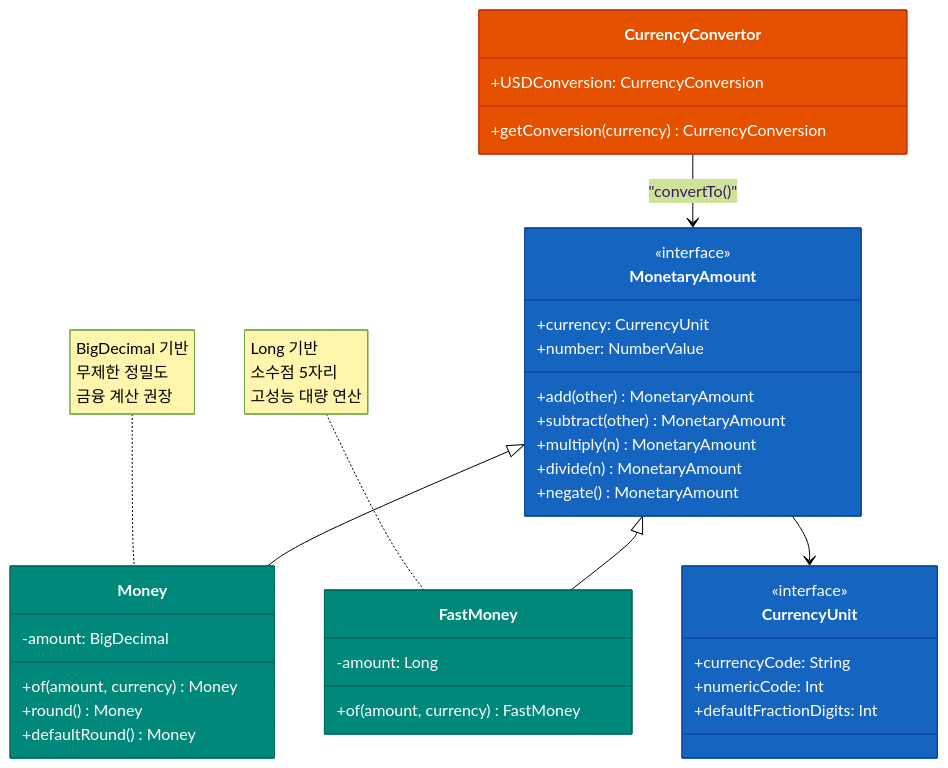
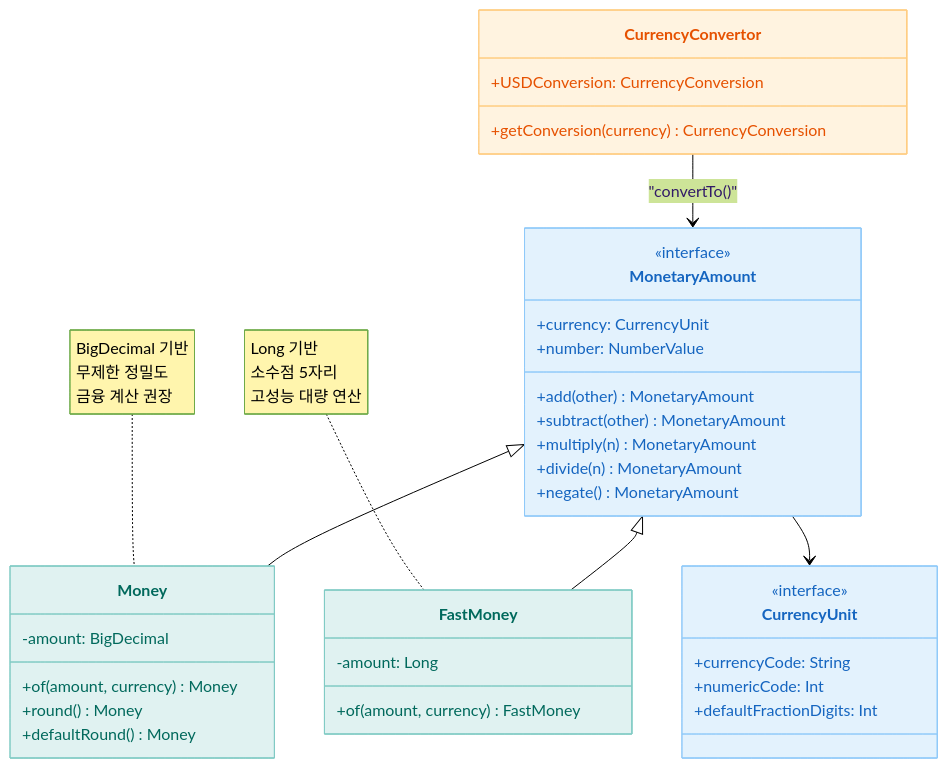
Before and after one commit to bluetape4k/bluetape4k-projects: the first of 2 diagrams in utils/money/README.ko.md, drawn with Mermaid (forest theme). The commit also changed other lines of this file and 219 other files, not shown here.

First line of the commit message:
docs: 전체 README Mermaid 다이어그램 가이드 적용

````diff
--- a/utils/money/README.ko.md
+++ b/utils/money/README.ko.md
@@ -239,51 +239,51 @@
 ```mermaid
 classDiagram
     class MonetaryAmount {
         <<interface>>
         +currency: CurrencyUnit
         +number: NumberValue
         +add(other) MonetaryAmount
         +subtract(other) MonetaryAmount
         +multiply(n) MonetaryAmount
         +divide(n) MonetaryAmount
         +negate() MonetaryAmount
     }
 
     class Money {
         -amount: BigDecimal
         +of(amount, currency) Money
         +round() Money
         +defaultRound() Money
     }
 
     class FastMoney {
         -amount: Long
         +of(amount, currency) FastMoney
     }
 
     class CurrencyUnit {
         <<interface>>
         +currencyCode: String
         +numericCode: Int
         +defaultFractionDigits: Int
     }
 
     class CurrencyConvertor {
         +getConversion(currency) CurrencyConversion
         +USDConversion: CurrencyConversion
     }
 
     MonetaryAmount <|-- Money
     MonetaryAmount <|-- FastMoney
     MonetaryAmount --> CurrencyUnit
     CurrencyConvertor --> MonetaryAmount : "convertTo()"
 
     note for Money "BigDecimal 기반<br/>무제한 정밀도<br/>금융 계산 권장"
     note for FastMoney "Long 기반<br/>소수점 5자리<br/>고성능 대량 연산"
 
-    style MonetaryAmount fill:#1565C0,stroke:#0D47A1,color:#FFFFFF
-    style Money fill:#00897B,stroke:#00695C,color:#FFFFFF
-    style FastMoney fill:#00897B,stroke:#00695C,color:#FFFFFF
-    style CurrencyUnit fill:#1565C0,stroke:#0D47A1,color:#FFFFFF
-    style CurrencyConvertor fill:#E65100,stroke:#BF360C,color:#FFFFFF
+    style MonetaryAmount fill:#E3F2FD,stroke:#90CAF9,color:#1565C0
+    style Money fill:#E0F2F1,stroke:#80CBC4,color:#00695C
+    style FastMoney fill:#E0F2F1,stroke:#80CBC4,color:#00695C
+    style CurrencyUnit fill:#E3F2FD,stroke:#90CAF9,color:#1565C0
+    style CurrencyConvertor fill:#FFF3E0,stroke:#FFCC80,color:#E65100
 ```
````
